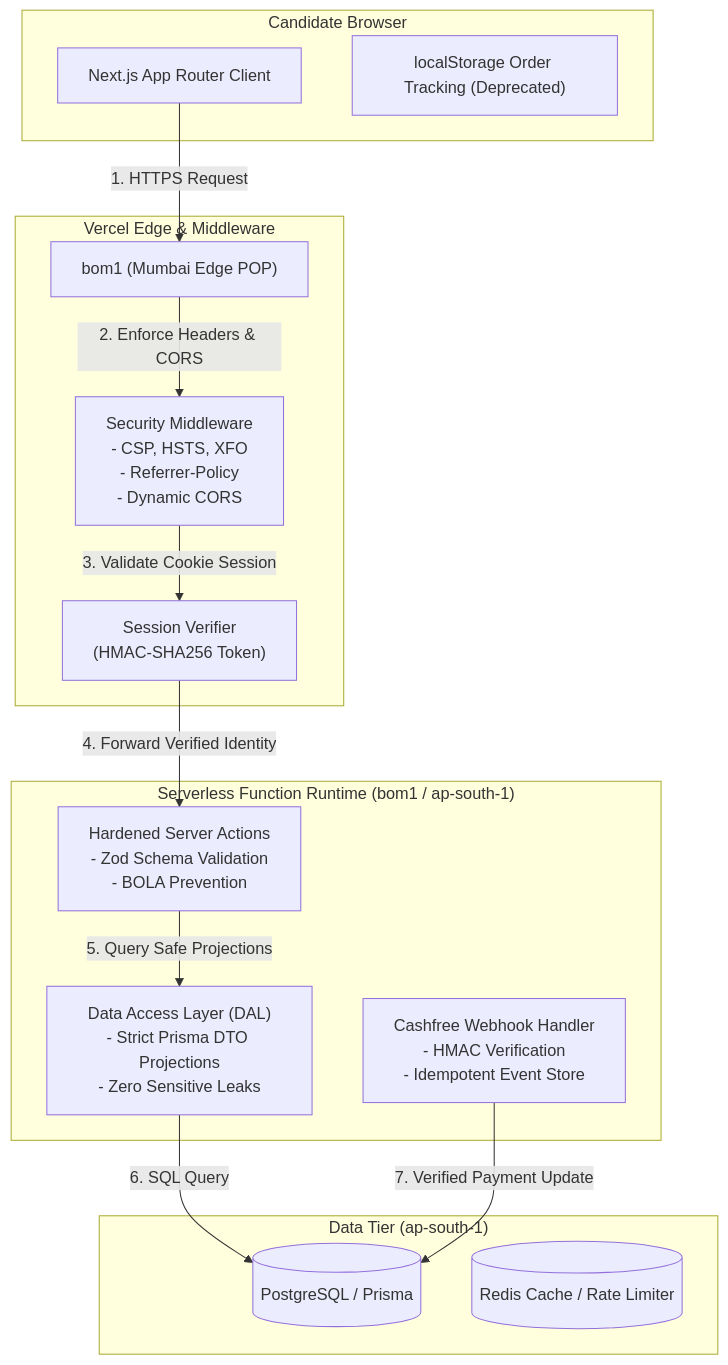
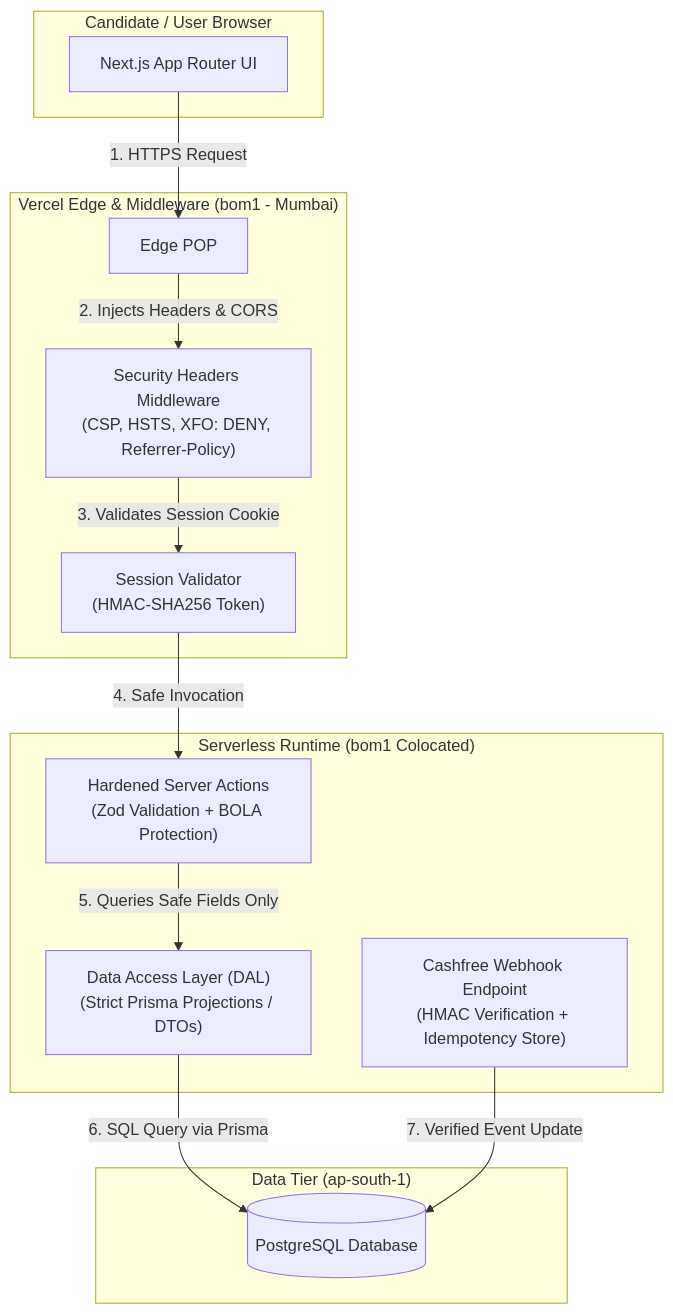
One commit to kashishrthr1/cynbit_assignment changed the diagram in RECOMMENDATIONS.md. Above: the diagram before and after it, drawn with Mermaid. The commit also changed other lines of this file and 3 other files, not shown here.

Commit message:
docs: humanize report narrative, personal reflections, and architecture summaries

````diff
--- a/RECOMMENDATIONS.md
+++ b/RECOMMENDATIONS.md
@@ -12,32 +14,30 @@
 ```mermaid
 flowchart TD
-    subgraph Client["Candidate Browser"]
-        ClientApp["Next.js App Router Client"]
-        LocalCache["localStorage Order Tracking (Deprecated)"]
+    subgraph Browser["Candidate / User Browser"]
+        ClientApp["Next.js App Router UI"]
     end
 
-    subgraph Edge["Vercel Edge & Middleware"]
-        EdgePOP["bom1 (Mumbai Edge POP)"]
-        SecMiddleware["Security Middleware\n- CSP, HSTS, XFO\n- Referrer-Policy\n- Dynamic CORS"]
-        SessionCheck["Session Verifier\n(HMAC-SHA256 Token)"]
+    subgraph Edge["Vercel Edge & Middleware (bom1 - Mumbai)"]
+        EdgePOP["Edge POP"]
+        SecHeaders["Security Headers Middleware\n(CSP, HSTS, XFO: DENY, Referrer-Policy)"]
+        SessionGuard["Session Validator\n(HMAC-SHA256 Token)"]
     end
 
-    subgraph Serverless["Serverless Function Runtime (bom1 / ap-south-1)"]
-        ServerAction["Hardened Server Actions\n- Zod Schema Validation\n- BOLA Prevention"]
-        DAL["Data Access Layer (DAL)\n- Strict Prisma DTO Projections\n- Zero Sensitive Leaks"]
-        WebhookHandler["Cashfree Webhook Handler\n- HMAC Verification\n- Idempotent Event Store"]
+    subgraph Serverless["Serverless Runtime (bom1 Colocated)"]
+        ServerAction["Hardened Server Actions\n(Zod Validation + BOLA Protection)"]
+        DAL["Data Access Layer (DAL)\n(Strict Prisma Projections / DTOs)"]
+        Webhook["Cashfree Webhook Endpoint\n(HMAC Verification + Idempotency Store)"]
     end
 
-    subgraph DataTier["Data Tier (ap-south-1)"]
-        DB[(PostgreSQL / Prisma)]
-        Redis[(Redis Cache / Rate Limiter)]
+    subgraph Data["Data Tier (ap-south-1)"]
+        Postgres[(PostgreSQL Database)]
     end
 
     ClientApp -->|1. HTTPS Request| EdgePOP
-    EdgePOP -->|2. Enforce Headers & CORS| SecMiddleware
-    SecMiddleware -->|3. Validate Cookie Session| SessionCheck
-    SessionCheck -->|4. Forward Verified Identity| ServerAction
-    ServerAction -->|5. Query Safe Projections| DAL
-    DAL -->|6. SQL Query| DB
-    WebhookHandler -->|7. Verified Payment Update| DB
+    EdgePOP -->|2. Injects Headers & CORS| SecHeaders
+    SecHeaders -->|3. Validates Session Cookie| SessionGuard
+    SessionGuard -->|4. Safe Invocation| ServerAction
+    ServerAction -->|5. Queries Safe Fields Only| DAL
+    DAL -->|6. SQL Query via Prisma| Postgres
+    Webhook -->|7. Verified Event Update| Postgres
 ```
````
